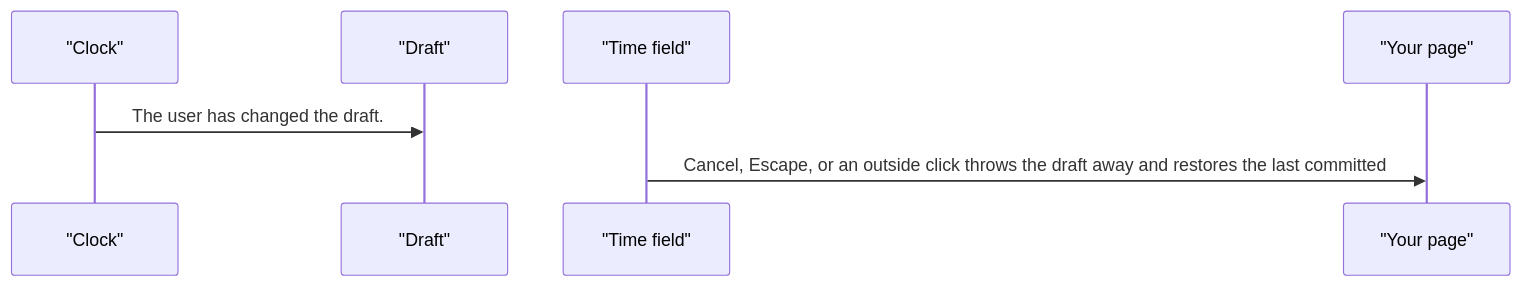
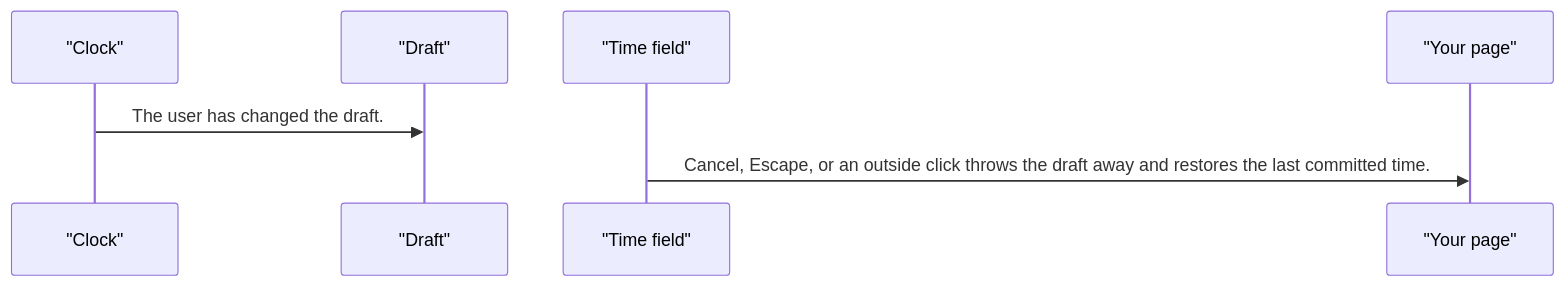
Before and after one commit to RajshekharBorate/pixel-ui: the third of 3 diagrams in projects/pixel-ui/src/lib/pixel-timepicker/DESIGN.md, drawn with Mermaid. The commit also changed other lines of this file and 80 other files, not shown here.

Commit message:
Fill missing design flows and correct the stories that did not match component behavior.

````diff
--- a/projects/pixel-ui/src/lib/pixel-timepicker/DESIGN.md
+++ b/projects/pixel-ui/src/lib/pixel-timepicker/DESIGN.md
@@ -61,9 +61,9 @@
 ```mermaid
 sequenceDiagram
   participant dial as "Clock"
   participant draft as "Draft"
   participant field as "Time field"
   participant page as "Your page"
   dial->>draft: The user has changed the draft.
-  field->>page: Cancel, Escape, or an outside click throws the draft away and restores the last committed 
+  field->>page: Cancel, Escape, or an outside click throws the draft away and restores the last committed time.
 ```
````
